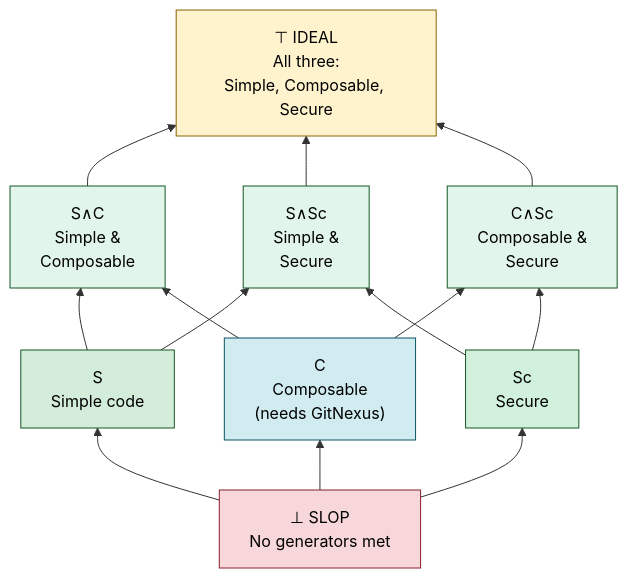
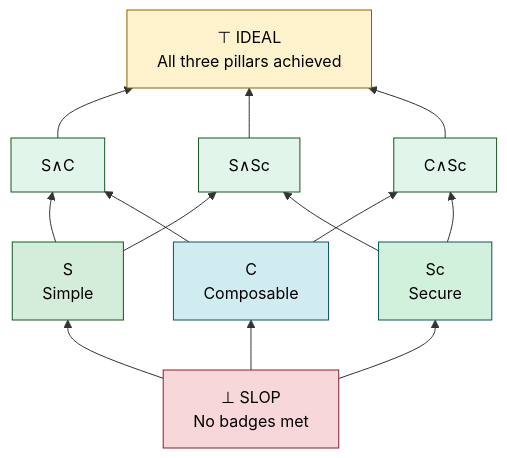
The diagram in README.md (Krv-Labs/topos), drawn with Mermaid before and after one commit. The commit also changed other lines of this file and 2 other files, not shown here.

````diff
--- a/README.md
+++ b/README.md
@@ -24,33 +26,33 @@
 ```mermaid
 graph BT
-    SLOP["⊥ SLOP<br/>No generators met"]
-    SIMPLE["S<br/>Simple code"]
-    COMPOSABLE["C<br/>Composable<br/>(needs GitNexus)"]
+    SLOP["⊥ SLOP<br/> No badges met"]
+    SIMPLE["S<br/>Simple"]
+    COMPOSABLE["C<br/>Composable"]
     SECURE["Sc<br/>Secure"]
-    SC["S∧C<br/>Simple &<br/>Composable"]
-    SSc["S∧Sc<br/>Simple &<br/>Secure"]
-    CSc["C∧Sc<br/>Composable &<br/>Secure"]
-    IDEAL["⊤ IDEAL<br/>All three:<br/>Simple, Composable, Secure"]
+    SC["S∧C"]
+    SSc["S∧Sc"]
+    CSc["C∧Sc"]
+    IDEAL["⊤ IDEAL<br/> All three pillars achieved"]
 
     SLOP --> SIMPLE
     SLOP --> COMPOSABLE
     SLOP --> SECURE
     SIMPLE --> SC
     SIMPLE --> SSc
     COMPOSABLE --> SC
     COMPOSABLE --> CSc
     SECURE --> SSc
     SECURE --> CSc
     SC --> IDEAL
     SSc --> IDEAL
     CSc --> IDEAL
 
     style SLOP       fill:#f8d7da,stroke:#842029,color:#000
     style SIMPLE     fill:#d4edda,stroke:#155724,color:#000
     style COMPOSABLE fill:#d1ecf1,stroke:#0c5460,color:#000
-    style SECURE     fill:#d1f1dc,stroke:#155724,color:#000
+    style SECURE     fill:#d1f1dc,stroke:#0c5460,color:#000
     style SC         fill:#e2f5eb,stroke:#155724,color:#000
     style SSc        fill:#e2f5eb,stroke:#155724,color:#000
     style CSc        fill:#e2f5eb,stroke:#155724,color:#000
     style IDEAL      fill:#fff3cd,stroke:#856404,color:#000
 ```
````
